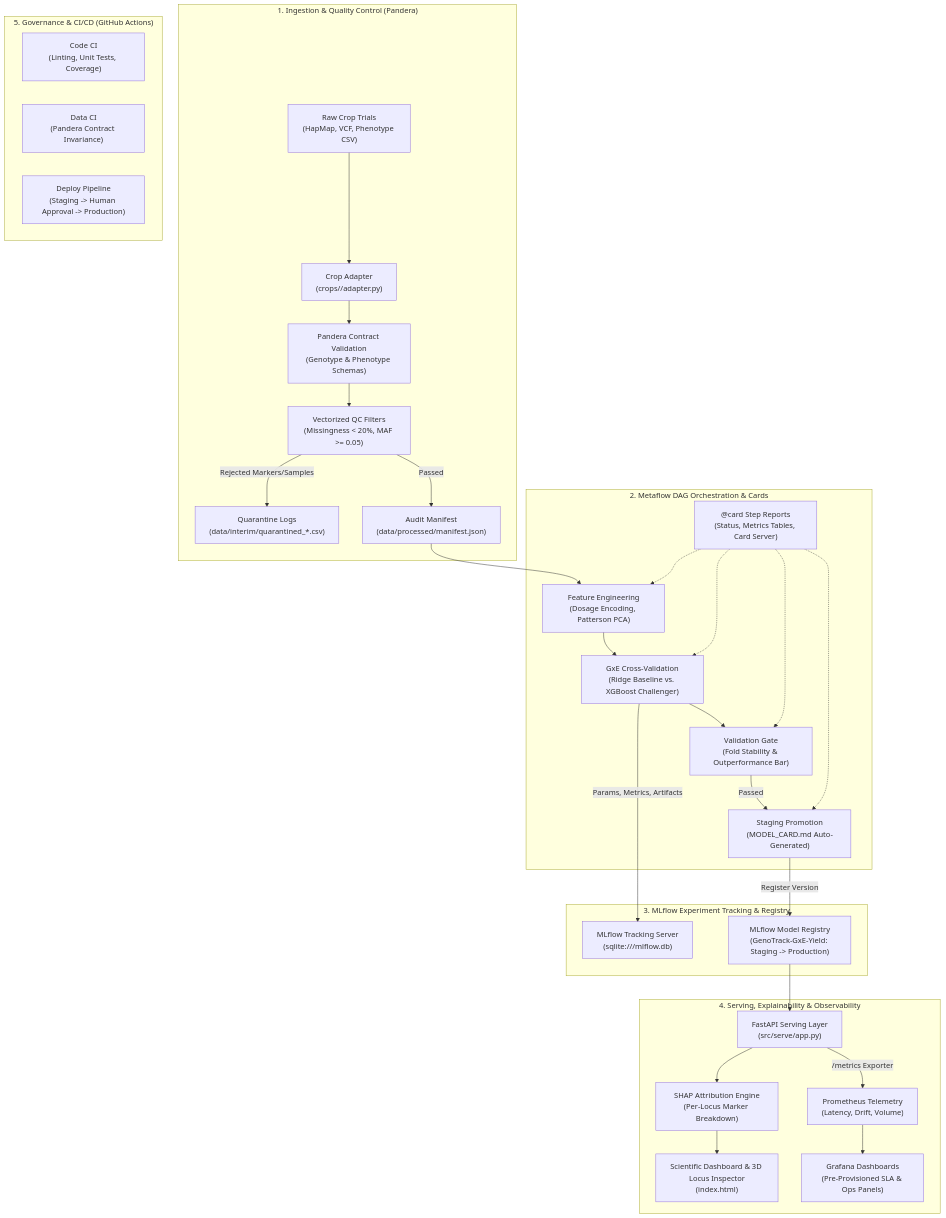
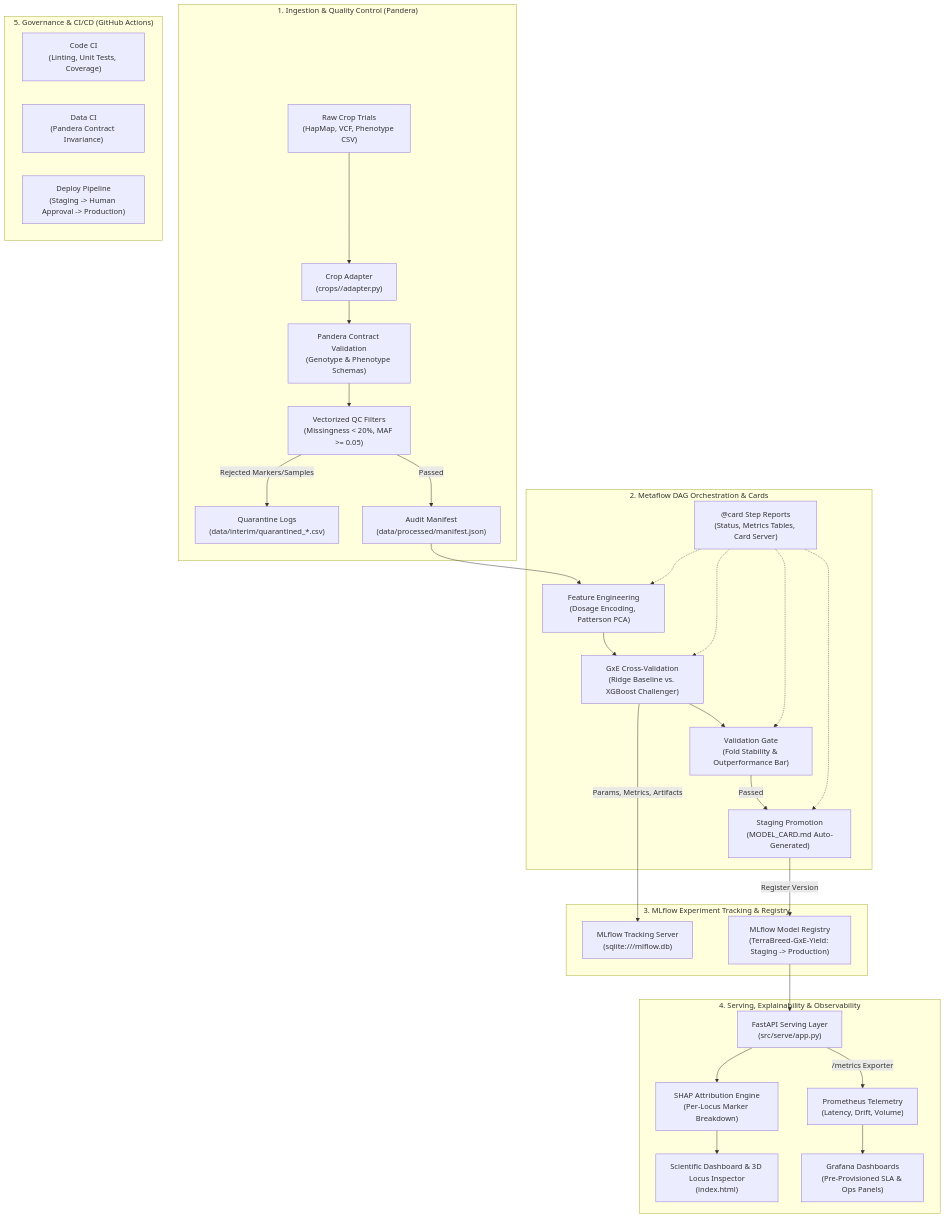
The diagram in README.md (Helly121/GenoTrack), drawn with Mermaid before and after one commit. The commit also changed other lines of this file and 5 other files, not shown here.

Commit message:
Renamed GenoTrack to TerraBreed

````diff
--- a/README.md
+++ b/README.md
@@ -28,37 +28,37 @@
 ```mermaid
 flowchart TD
     subgraph DataIngest["1. Ingestion & Quality Control (Pandera)"]
         RAW["Raw Crop Trials\n(HapMap, VCF, Phenotype CSV)"] --> ADAPT["Crop Adapter\n(crops/<crop>/adapter.py)"]
         ADAPT --> SCHEMAS["Pandera Contract Validation\n(Genotype & Phenotype Schemas)"]
         SCHEMAS --> QC["Vectorized QC Filters\n(Missingness < 20%, MAF >= 0.05)"]
         QC -->|Rejected Markers/Samples| QUAR["Quarantine Logs\n(data/interim/quarantined_*.csv)"]
         QC -->|Passed| MANIFEST["Audit Manifest\n(data/processed/manifest.json)"]
     end
 
     subgraph Orchestration["2. Metaflow DAG Orchestration & Cards"]
         MANIFEST --> FEAT["Feature Engineering\n(Dosage Encoding, Patterson PCA)"]
         FEAT --> TRAIN["GxE Cross-Validation\n(Ridge Baseline vs. XGBoost Challenger)"]
         TRAIN --> GATE["Validation Gate\n(Fold Stability & Outperformance Bar)"]
         GATE -->|Passed| PROMOTE["Staging Promotion\n(MODEL_CARD.md Auto-Generated)"]
         CARDS["@card Step Reports\n(Status, Metrics Tables, Card Server)"] -.-> FEAT & TRAIN & GATE & PROMOTE
     end
 
     subgraph Tracking["3. MLflow Experiment Tracking & Registry"]
         TRAIN -->|Params, Metrics, Artifacts| MLFLOW["MLflow Tracking Server\n(sqlite:///mlflow.db)"]
-        PROMOTE -->|Register Version| REGISTRY["MLflow Model Registry\n(GenoTrack-GxE-Yield: Staging -> Production)"]
+        PROMOTE -->|Register Version| REGISTRY["MLflow Model Registry\n(TerraBreed-GxE-Yield: Staging -> Production)"]
     end
 
     subgraph ServingObservability["4. Serving, Explainability & Observability"]
         REGISTRY --> API["FastAPI Serving Layer\n(src/serve/app.py)"]
         API --> SHAP["SHAP Attribution Engine\n(Per-Locus Marker Breakdown)"]
         SHAP --> UI["Scientific Dashboard & 3D Locus Inspector\n(index.html)"]
         API -->|/metrics Exporter| PROM["Prometheus Telemetry\n(Latency, Drift, Volume)"]
         PROM --> GRAF["Grafana Dashboards\n(Pre-Provisioned SLA & Ops Panels)"]
     end
 
     subgraph Governance["5. Governance & CI/CD (GitHub Actions)"]
         GH_CODE["Code CI\n(Linting, Unit Tests, Coverage)"]
         GH_DATA["Data CI\n(Pandera Contract Invariance)"]
         GH_DEPLOY["Deploy Pipeline\n(Staging -> Human Approval -> Production)"]
     end
 ```
````
